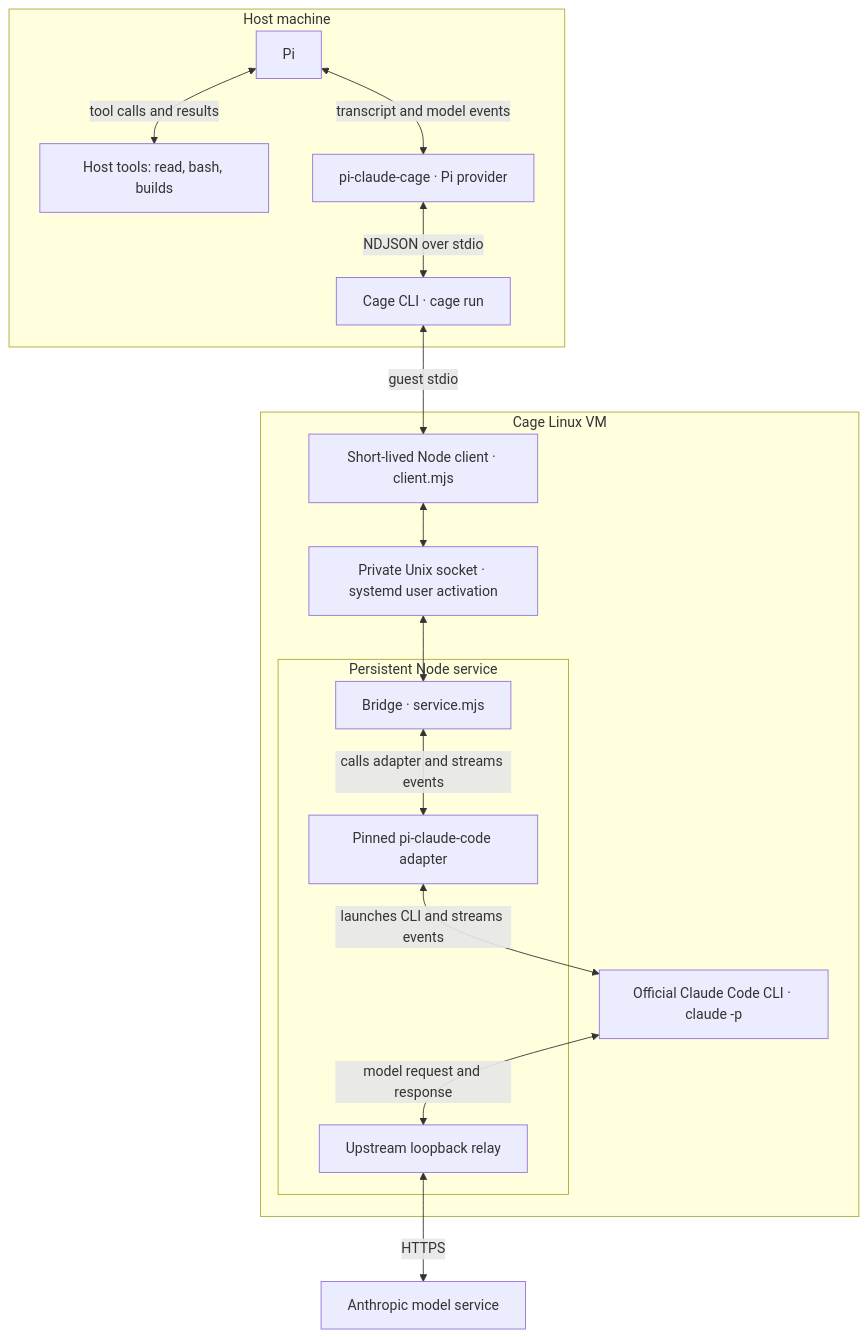
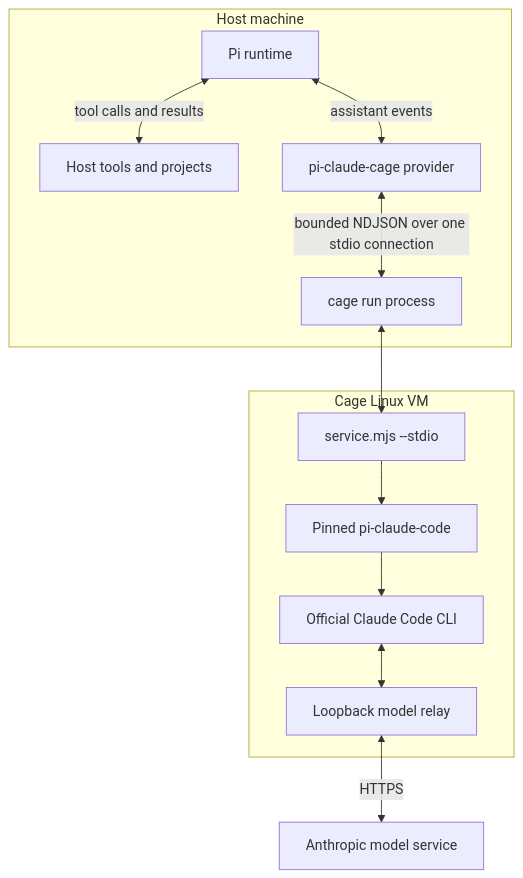
Before and after one commit to chaochaoxiaochao/pi-toolkit: the diagram in packages/claude-cage/README.md, drawn with Mermaid. The commit also changed other lines of this file and 33 other files, not shown here.

Commit message:
refactor claude cage transport to persistent stdio

````diff
--- a/packages/claude-cage/README.md
+++ b/packages/claude-cage/README.md
@@ -7,31 +7,23 @@
 ```mermaid
 flowchart TB
     subgraph Host[Host machine]
-        Pi["Pi"]
-        Tools["Host tools: read, bash, builds"]
-        Provider["pi-claude-cage · Pi provider"]
-        Cage["Cage CLI · cage run"]
+        Pi[Pi runtime]
+        Tools[Host tools and projects]
+        Provider[pi-claude-cage provider]
+        Cage[cage run process]
         Pi <-->|tool calls and results| Tools
-        Pi <-->|transcript and model events| Provider
-        Provider <-->|NDJSON over stdio| Cage
+        Pi <-->|assistant events| Provider
+        Provider <-->|bounded NDJSON over one stdio connection| Cage
     end
 
     subgraph Guest[Cage Linux VM]
-        Client["Short-lived Node client · client.mjs"]
-        Socket["Private Unix socket · systemd user activation"]
-        subgraph Service[Persistent Node service]
-            Handler["Bridge · service.mjs"]
-            Adapter["Pinned pi-claude-code adapter"]
-            Relay["Upstream loopback relay"]
-        end
-        Claude["Official Claude Code CLI · claude -p"]
-        Client <--> Socket
-        Socket <--> Handler
-        Handler <-->|calls adapter and streams events| Adapter
-        Adapter <-->|launches CLI and streams events| Claude
-        Claude <-->|model request and response| Relay
+        Service[service.mjs --stdio]
+        Adapter[Pinned pi-claude-code]
+        Claude[Official Claude Code CLI]
+        Relay[Loopback model relay]
+        Service --> Adapter --> Claude <--> Relay
     end
 
-    Cage <-->|guest stdio| Client
-    Relay <-->|HTTPS| Anthropic["Anthropic model service"]
+    Cage <--> Service
+    Relay <-->|HTTPS| Anthropic[Anthropic model service]
 ```
````
